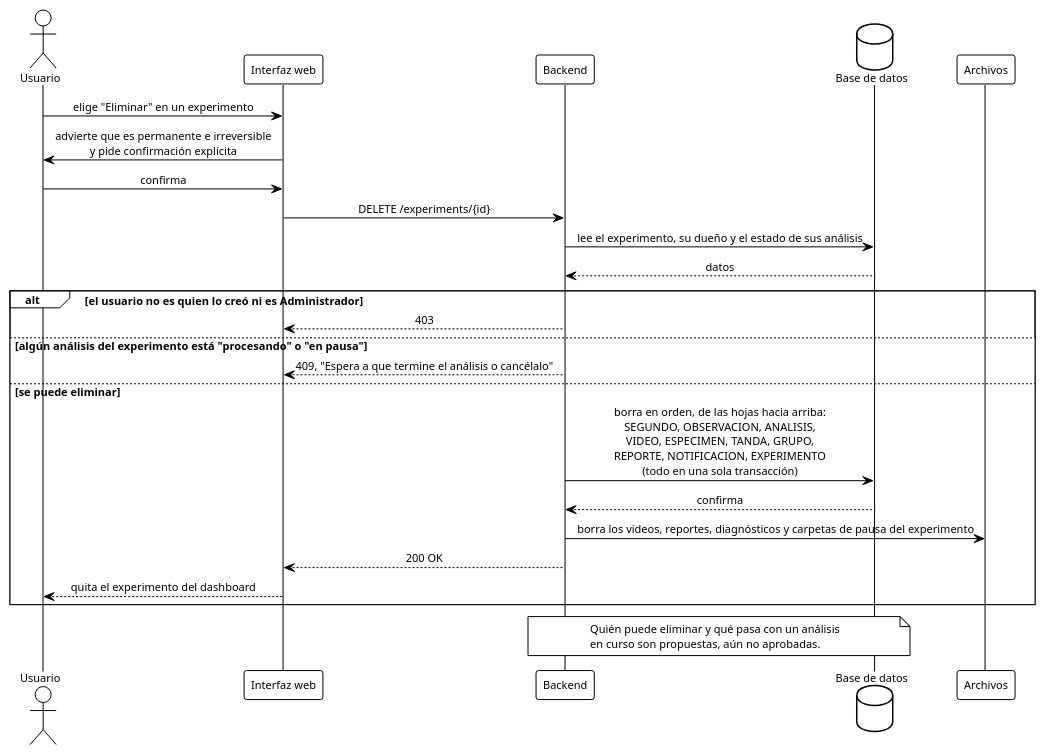
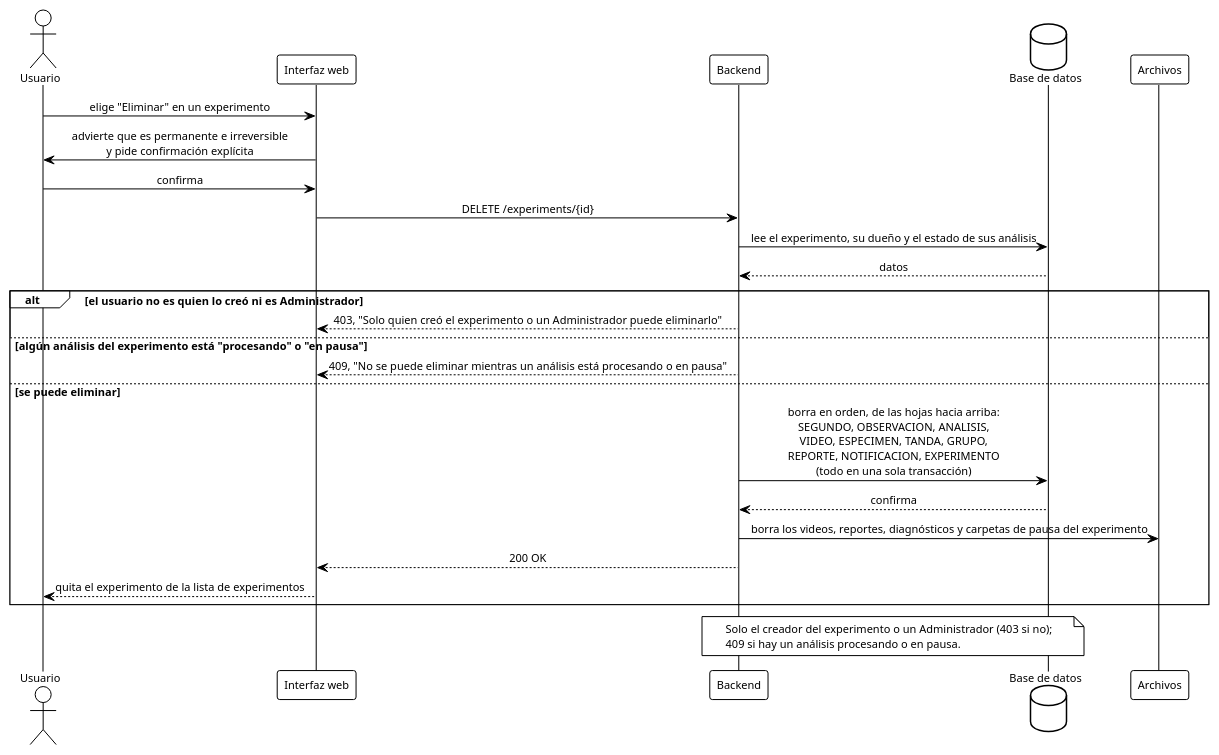
One commit to ErickJester/fst-ai-system-latex changed the diagram in diagramas/guia_web/seq_eliminar_experimento.puml. Above: the diagram before and after it, drawn with PlantUML. The commit also changed 89 other files, not shown here.

```diff
--- a/diagramas/guia_web/seq_eliminar_experimento.puml
+++ b/diagramas/guia_web/seq_eliminar_experimento.puml
@@ -1,34 +1,34 @@
 @startuml seq_eliminar_experimento
 !theme plain
 skinparam defaultFontName Arial
 skinparam defaultFontSize 11
 skinparam shadowing false
 skinparam sequenceMessageAlign center
 actor Usuario as u
 participant "Interfaz web" as ui
 participant Backend as api
 database "Base de datos" as db
 participant "Archivos" as fs
 
 u -> ui: elige "Eliminar" en un experimento
 ui -> u: advierte que es permanente e irreversible\ny pide confirmación explícita
 u -> ui: confirma
 ui -> api: DELETE /experiments/{id}
 api -> db: lee el experimento, su dueño y el estado de sus análisis
 db --> api: datos
 alt el usuario no es quien lo creó ni es Administrador
-  api --> ui: 403
+  api --> ui: 403, "Solo quien creó el experimento o un Administrador puede eliminarlo"
 else algún análisis del experimento está "procesando" o "en pausa"
-  api --> ui: 409, "Espera a que termine el análisis o cancélalo"
+  api --> ui: 409, "No se puede eliminar mientras un análisis está procesando o en pausa"
 else se puede eliminar
   api -> db: borra en orden, de las hojas hacia arriba:\nSEGUNDO, OBSERVACION, ANALISIS,\nVIDEO, ESPECIMEN, TANDA, GRUPO,\nREPORTE, NOTIFICACION, EXPERIMENTO\n(todo en una sola transacción)
   db --> api: confirma
   api -> fs: borra los videos, reportes, diagnósticos y carpetas de pausa del experimento
   api --> ui: 200 OK
-  ui --> u: quita el experimento del dashboard
+  ui --> u: quita el experimento de la lista de experimentos
 end
 note over api, db
-  Quién puede eliminar y qué pasa con un análisis
-  en curso son propuestas, aún no aprobadas.
+  Solo el creador del experimento o un Administrador (403 si no);
+  409 si hay un análisis procesando o en pausa.
 end note
 @enduml
```
